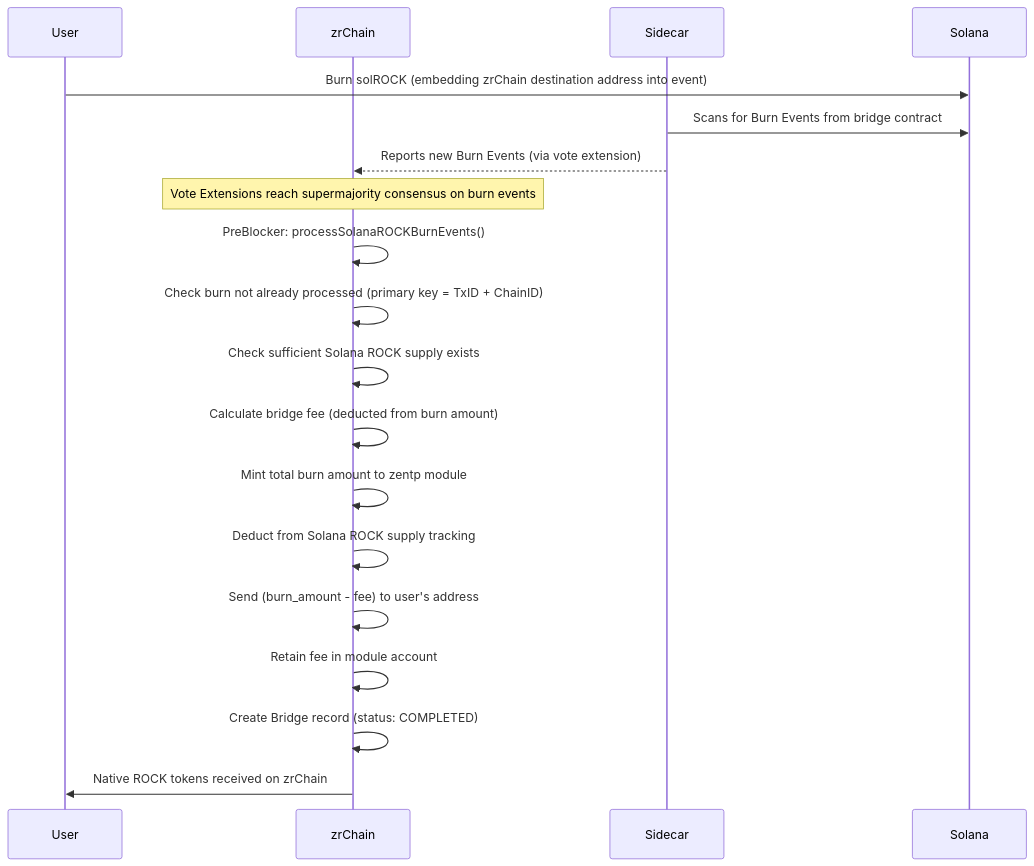
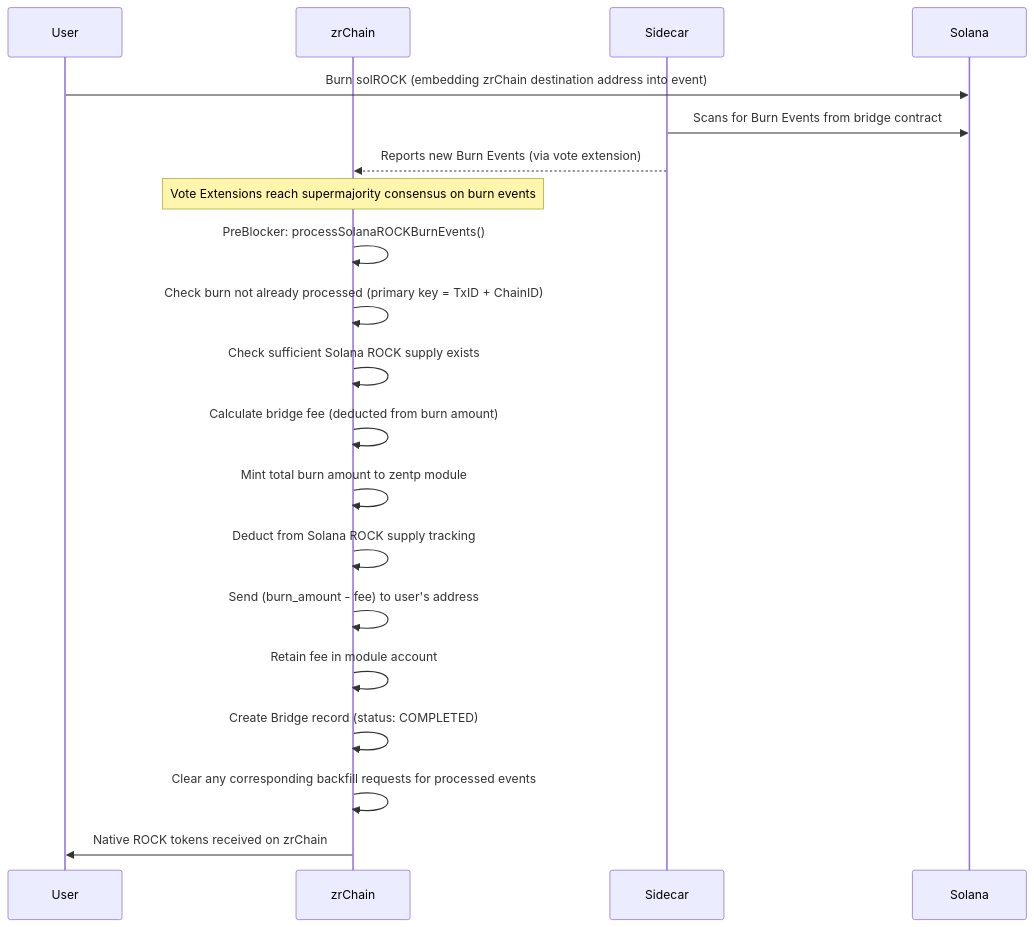
The fourth of 4 diagrams in docs/README.md (zenrocklabs/zrchain), drawn with Mermaid before and after one commit.

Commit message:
backfill

````diff
--- a/docs/README.md
+++ b/docs/README.md
@@ -297,23 +297,24 @@
 ```mermaid
 sequenceDiagram
     participant User
     participant zrChain
     participant Sidecar
     participant Solana
 
     User->>Solana: Burn solROCK (embedding zrChain destination address into event)
     Sidecar->>Solana: Scans for Burn Events from bridge contract
     Sidecar-->>zrChain: Reports new Burn Events (via vote extension)
     Note over zrChain: Vote Extensions reach supermajority consensus on burn events
 
     zrChain->>zrChain: PreBlocker: processSolanaROCKBurnEvents()
     zrChain->>zrChain: Check burn not already processed (primary key = TxID + ChainID)
     zrChain->>zrChain: Check sufficient Solana ROCK supply exists
     zrChain->>zrChain: Calculate bridge fee (deducted from burn amount)
     zrChain->>zrChain: Mint total burn amount to zentp module
     zrChain->>zrChain: Deduct from Solana ROCK supply tracking
     zrChain->>zrChain: Send (burn_amount - fee) to user's address
     zrChain->>zrChain: Retain fee in module account
     zrChain->>zrChain: Create Bridge record (status: COMPLETED)
+    zrChain->>zrChain: Clear any corresponding backfill requests for processed events
     zrChain->>User: Native ROCK tokens received on zrChain
 ```
````
